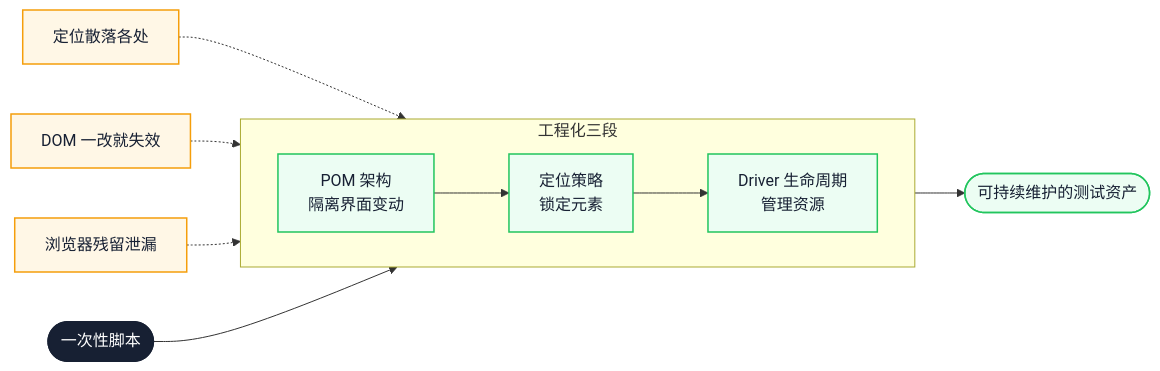
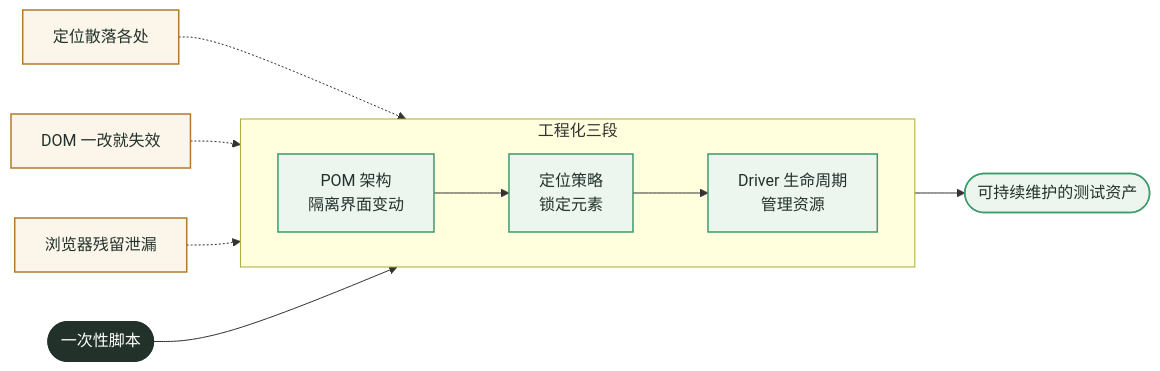
The first of 4 diagrams in docs/testing/python-automation-testing-core-concepts.md (Fatejian/frontier-vault), drawn with Mermaid before and after one commit. The commit also changed other lines of this file and 63 other files, not shown here.

````diff
--- a/docs/testing/python-automation-testing-core-concepts.md
+++ b/docs/testing/python-automation-testing-core-concepts.md
@@ -56,28 +56,28 @@
 ```mermaid
 flowchart LR
     Start([一次性脚本])
 
     subgraph Pipeline[工程化三段]
         direction LR
         S1["POM 架构<br/>隔离界面变动"]
         S2["定位策略<br/>锁定元素"]
         S3["Driver 生命周期<br/>管理资源"]
         S1 --> S2 --> S3
     end
 
     End([可持续维护的测试资产])
 
     Start --> Pipeline --> End
 
     P1["定位散落各处"] -.-> S1
     P2["DOM 一改就失效"] -.-> S2
     P3["浏览器残留泄漏"] -.-> S3
 
-    classDef core fill:#172033,color:#fff,stroke:#172033,stroke-width:2px
-    classDef work fill:#ECFDF3,stroke:#22C55E,color:#172033,stroke-width:1.5px
-    classDef block fill:#FFF7E6,stroke:#F59E0B,color:#172033,stroke-width:1.5px
+    classDef core fill:#22322B,color:#fff,stroke:#22322B,stroke-width:2px
+    classDef work fill:#EDF5EF,stroke:#3E9B6B,color:#22322B,stroke-width:1.5px
+    classDef block fill:#FBF5EA,stroke:#B27B2C,color:#22322B,stroke-width:1.5px
 
     class Start core
     class S1,S2,S3,End work
     class P1,P2,P3 block
 ```
````
